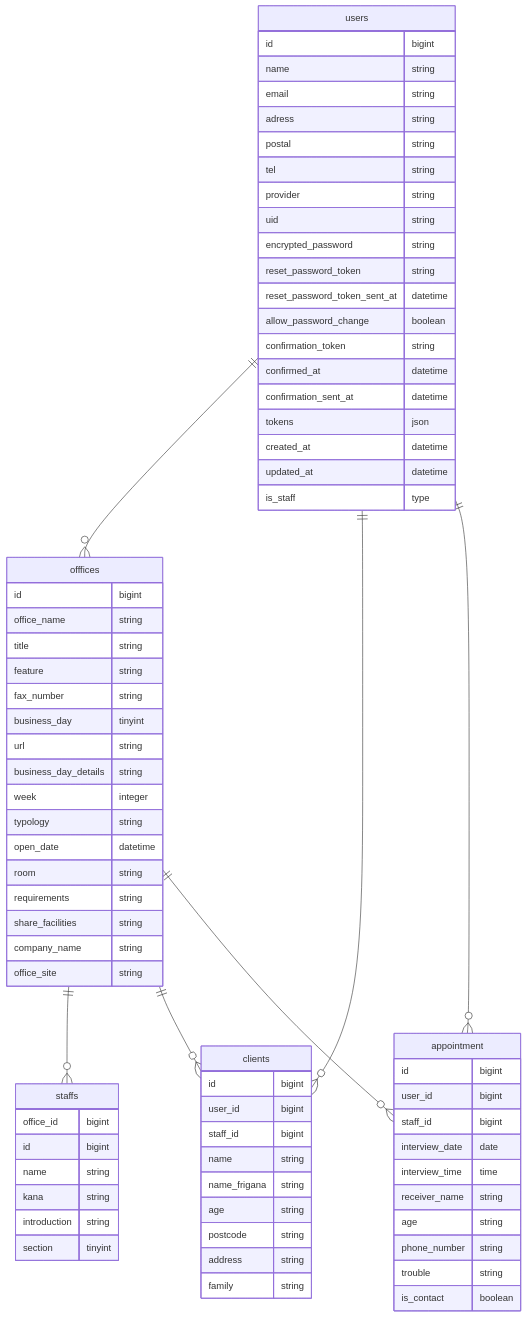
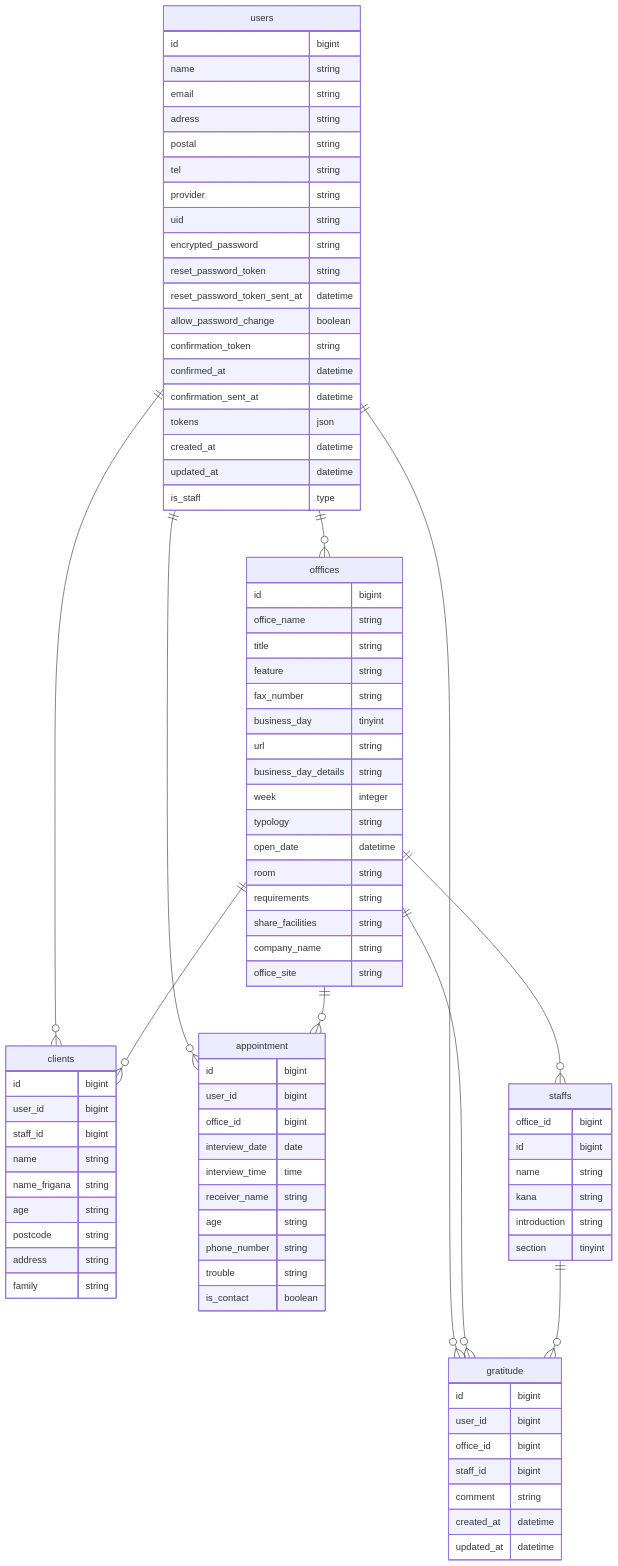
One commit to rtkjm22/homeCareNavi_2nd_API changed the diagram in README.md. Above: the diagram before and after it, drawn with Mermaid.

````diff
--- a/README.md
+++ b/README.md
@@ -38,9 +38,12 @@
     users ||--o{ offfices: ""
     users ||--o{ clients: ""
     users ||--o{ appointment: ""
+    users ||--o{ gratitude: ""
     offfices ||--o{ staffs: ""
     offfices ||--o{ clients: ""
     offfices ||--o{ appointment: ""
+    offfices ||--o{ gratitude: ""
+    staffs ||--o{ gratitude: ""
 
 users {
   id bigint
@@ -107,7 +110,7 @@
 appointment {
   id bigint
   user_id bigint
-  staff_id bigint
+  office_id bigint
   interview_date date
   interview_time time
   receiver_name string
@@ -116,4 +119,14 @@
   trouble string
   is_contact boolean
 }
+
+gratitude {
+  id bigint
+  user_id bigint
+  office_id bigint
+  staff_id bigint
+  comment string
+  created_at datetime
+  updated_at datetime
+}
 ```
````
